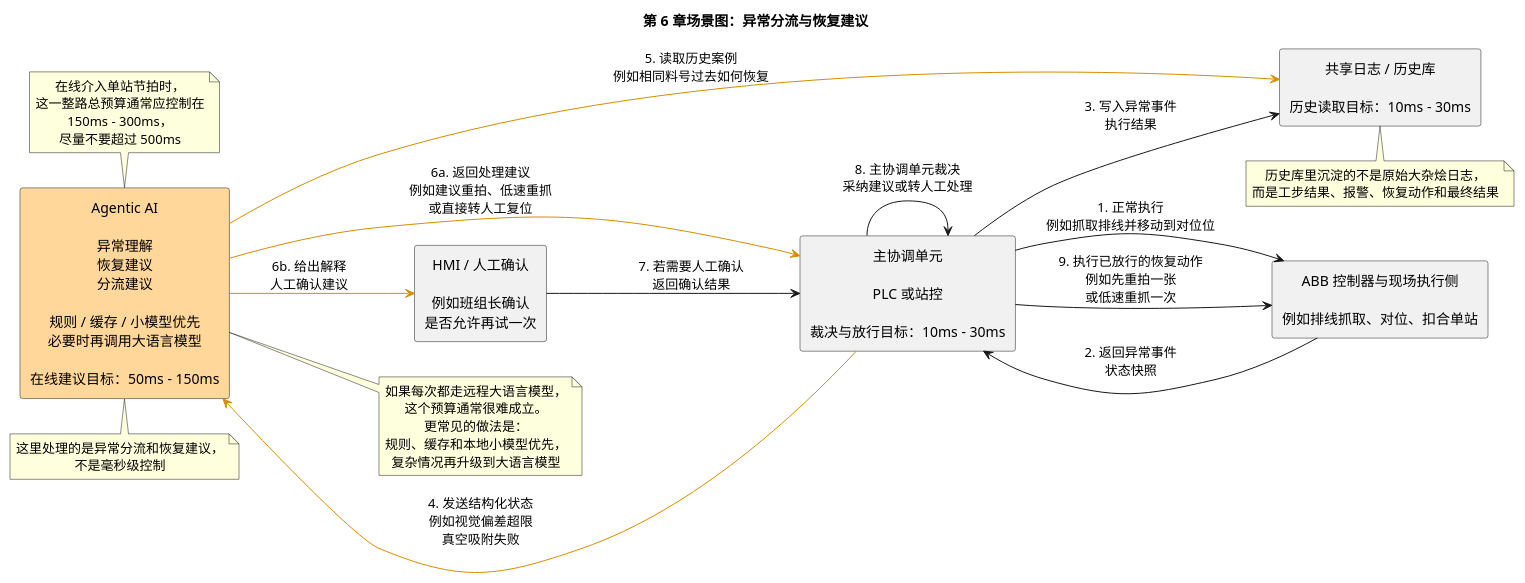
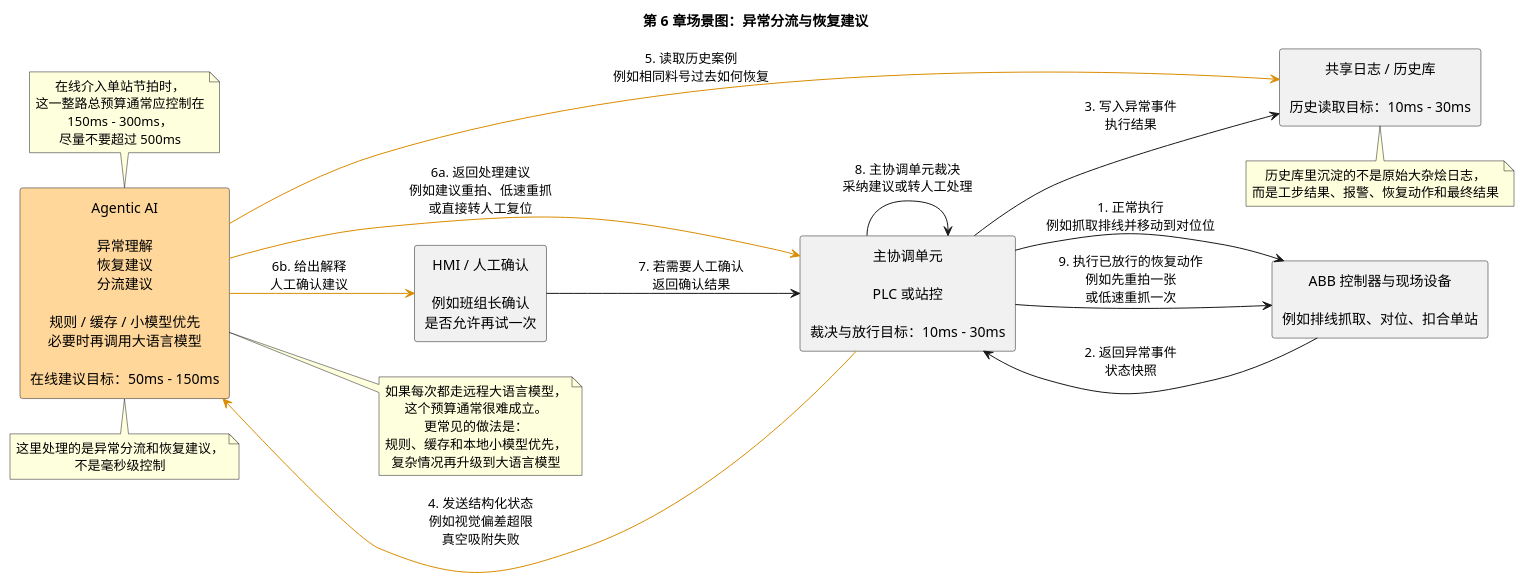
One commit to coolbeevip/coolbeevip.github.io changed the diagram in content/posts/embodied-ai/abb-isaac-agent-flexible-manufacturing-ai-first/diagrams/abb-isaac-agent-flexible-manufacturing-ai-first-06-abnormal-routing.puml. Above: the diagram before and after it, drawn with PlantUML. The commit also changed 7 other files, not shown here.

```diff
--- a/content/posts/embodied-ai/abb-isaac-agent-flexible-manufacturing-ai-first/diagrams/abb-isaac-agent-flexible-manufacturing-ai-first-06-abnormal-routing.puml
+++ b/content/posts/embodied-ai/abb-isaac-agent-flexible-manufacturing-ai-first/diagrams/abb-isaac-agent-flexible-manufacturing-ai-first-06-abnormal-routing.puml
@@ -1,50 +1,50 @@
 @startuml
 title 第 6 章场景图：异常分流与恢复建议
 left to right direction
 skinparam shadowing false
 skinparam packageStyle rectangle
 skinparam defaultTextAlignment center
 skinparam wrapWidth 220
 
 rectangle "主协调单元\n\nPLC 或站控\n\n裁决与放行目标：10ms - 30ms" as LOOP
 rectangle "共享日志 / 历史库\n\n历史读取目标：10ms - 30ms" as LOG
 rectangle "Agentic AI\n\n异常理解\n恢复建议\n分流建议\n\n规则 / 缓存 / 小模型优先\n必要时再调用大语言模型\n\n在线建议目标：50ms - 150ms" as APP #FFD79A
 rectangle "HMI / 人工确认\n\n例如班组长确认\n是否允许再试一次" as HMI
-rectangle "ABB 控制器与现场执行侧\n\n例如排线抓取、对位、扣合单站" as EXEC
+rectangle "ABB 控制器与现场设备\n\n例如排线抓取、对位、扣合单站" as EXEC
 
 LOOP --> EXEC : 1. 正常执行\n例如抓取排线并移动到对位位
 EXEC --> LOOP : 2. 返回异常事件\n状态快照
 LOOP --> LOG : 3. 写入异常事件\n执行结果
 LOOP -[#D98C00]-> APP : 4. 发送结构化状态\n例如视觉偏差超限\n真空吸附失败
 APP -[#D98C00]-> LOG : 5. 读取历史案例\n例如相同料号过去如何恢复
 APP -[#D98C00]-> LOOP : 6a. 返回处理建议\n例如建议重拍、低速重抓\n或直接转人工复位
 APP -[#D98C00]-> HMI : 6b. 给出解释\n人工确认建议
 HMI --> LOOP : 7. 若需要人工确认\n返回确认结果
 LOOP --> LOOP : 8. 主协调单元裁决\n采纳建议或转人工处理
 LOOP --> EXEC : 9. 执行已放行的恢复动作\n例如先重拍一张\n或低速重抓一次
 
 note bottom of APP
 这里处理的是异常分流和恢复建议，
 不是毫秒级控制
 end note
 
 note top of APP
 在线介入单站节拍时，
 这一整路总预算通常应控制在
 150ms - 300ms，
 尽量不要超过 500ms
 end note
 
 note right of APP
 如果每次都走远程大语言模型，
 这个预算通常很难成立。
 更常见的做法是：
 规则、缓存和本地小模型优先，
 复杂情况再升级到大语言模型
 end note
 
 note bottom of LOG
 历史库里沉淀的不是原始大杂烩日志，
 而是工步结果、报警、恢复动作和最终结果
 end note
 @enduml
```
